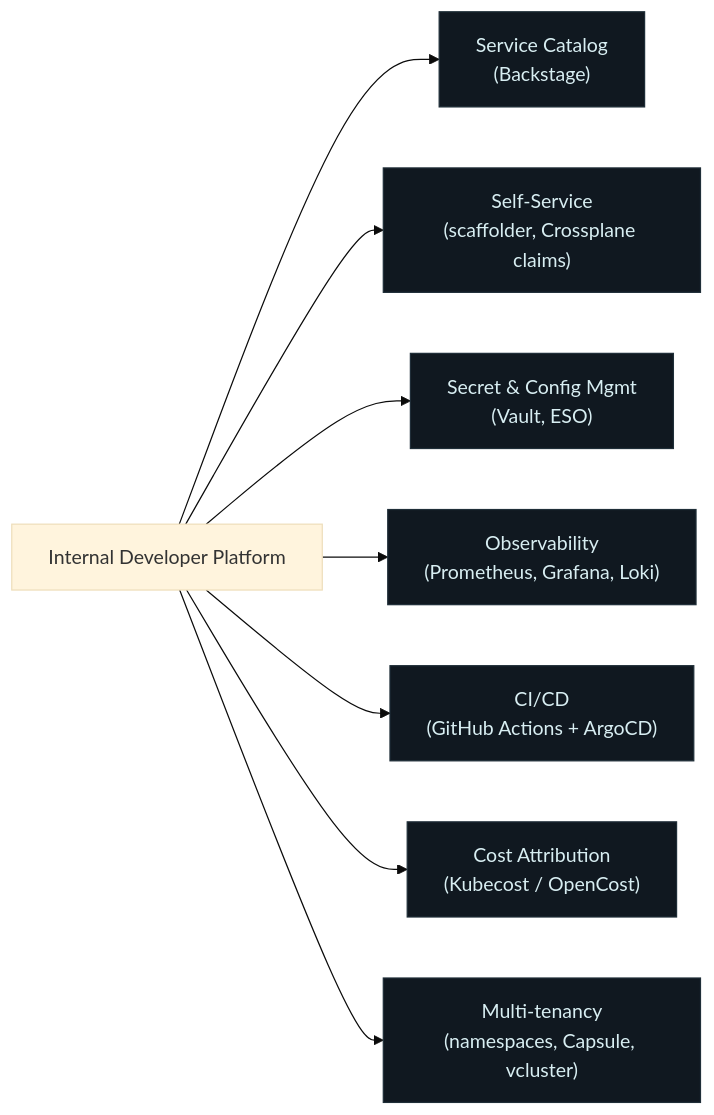
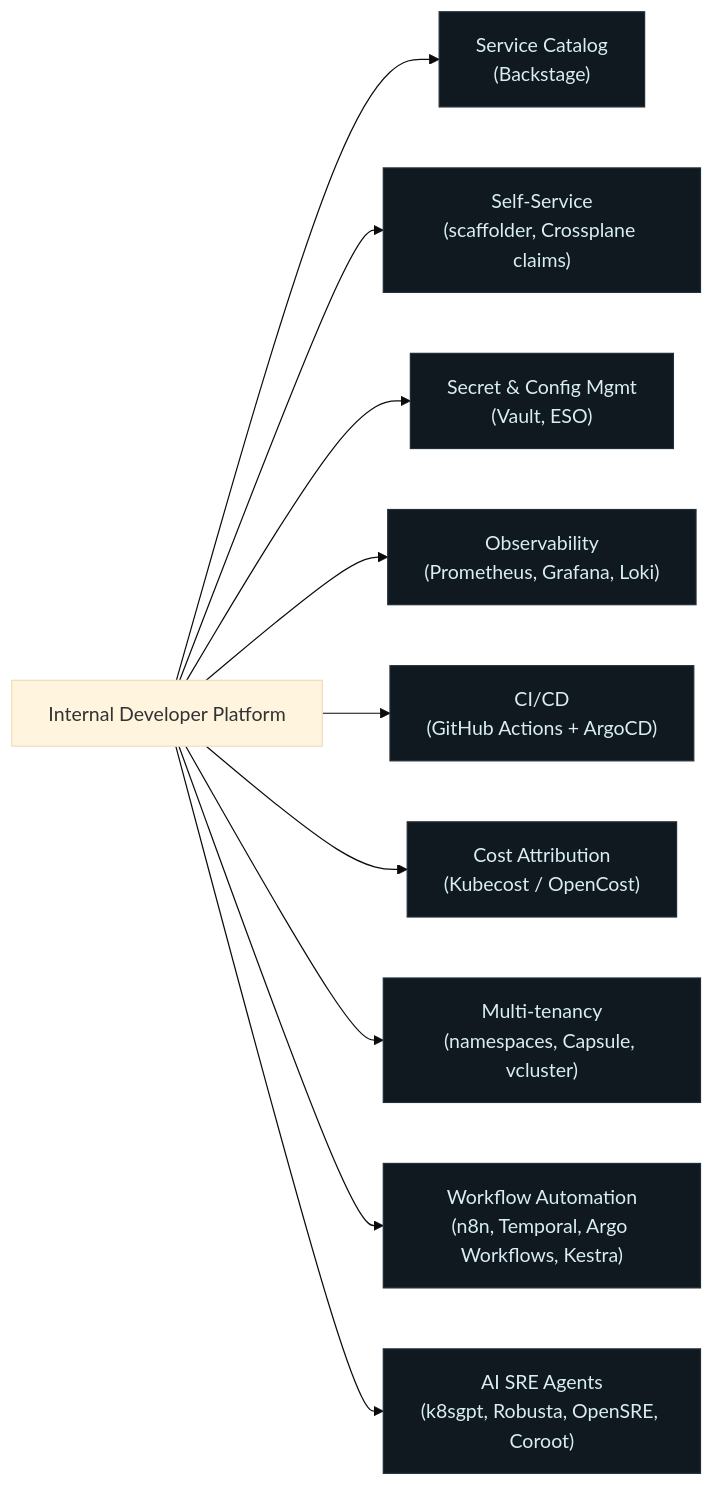
One commit to deepanshu-rawat6/DevOpsIndex changed the second of 3 diagrams in platform-engineering/README.md. Above: the diagram before and after it, drawn with Mermaid (base theme). The commit also changed other lines of this file and 10 other files, not shown here.

````diff
--- a/platform-engineering/README.md
+++ b/platform-engineering/README.md
@@ -101,13 +101,15 @@
 ```mermaid
 graph LR
     classDef cap fill:#101820,stroke:#1f2e38,color:#d8eef2
 
     IDP["Internal Developer Platform"]
     IDP --> SC["Service Catalog<br/>(Backstage)"]:::cap
     IDP --> SS["Self-Service<br/>(scaffolder, Crossplane claims)"]:::cap
     IDP --> SE["Secret & Config Mgmt<br/>(Vault, ESO)"]:::cap
     IDP --> OBS["Observability<br/>(Prometheus, Grafana, Loki)"]:::cap
     IDP --> CI["CI/CD<br/>(GitHub Actions + ArgoCD)"]:::cap
     IDP --> COST["Cost Attribution<br/>(Kubecost / OpenCost)"]:::cap
     IDP --> MT["Multi-tenancy<br/>(namespaces, Capsule, vcluster)"]:::cap
+    IDP --> WA["Workflow Automation<br/>(n8n, Temporal, Argo Workflows, Kestra)"]:::cap
+    IDP --> AI["AI SRE Agents<br/>(k8sgpt, Robusta, OpenSRE, Coroot)"]:::cap
 ```
````
